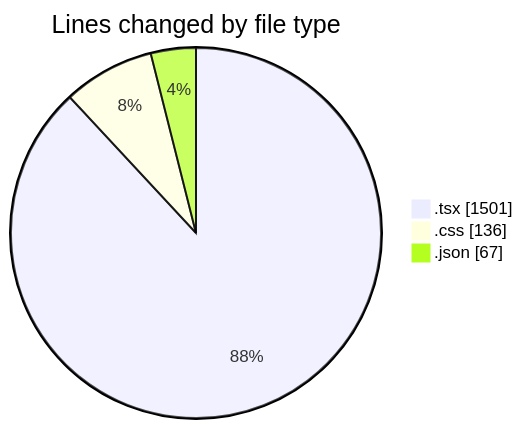
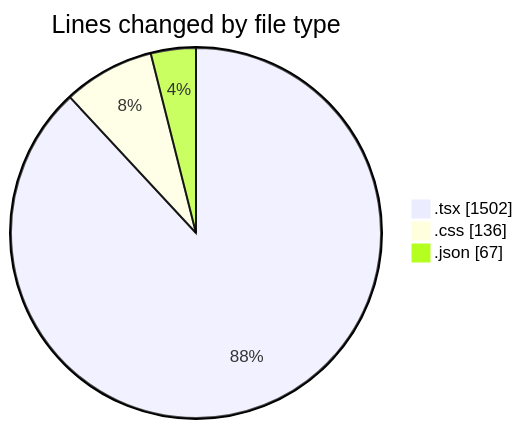
The first of 2 diagrams in 2025-01-08/mbc-web/README.md (robertbonfada/code-tracking), drawn with Mermaid before and after one commit. The commit also changed other lines of this file and 1 other file, not shown here.

````diff
--- a/2025-01-08/mbc-web/README.md
+++ b/2025-01-08/mbc-web/README.md
@@ -34,7 +34,7 @@
 ```mermaid
 pie showData
 title Lines changed by file type
-".tsx" : 1501
+".tsx" : 1502
 ".css" : 136
 ".json" : 67
 ```
````
